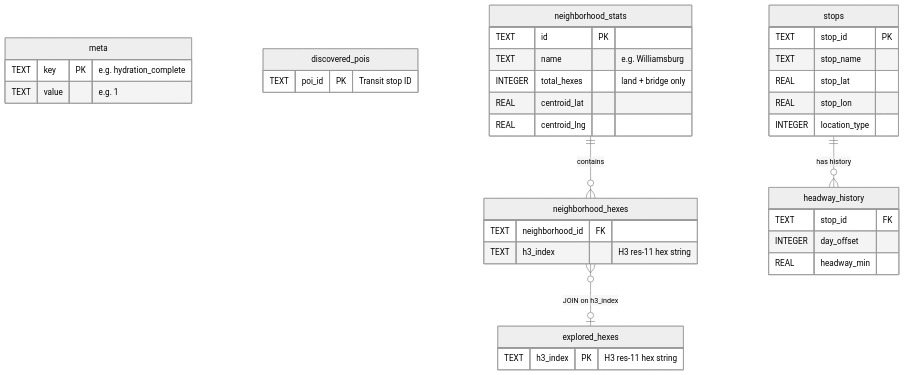
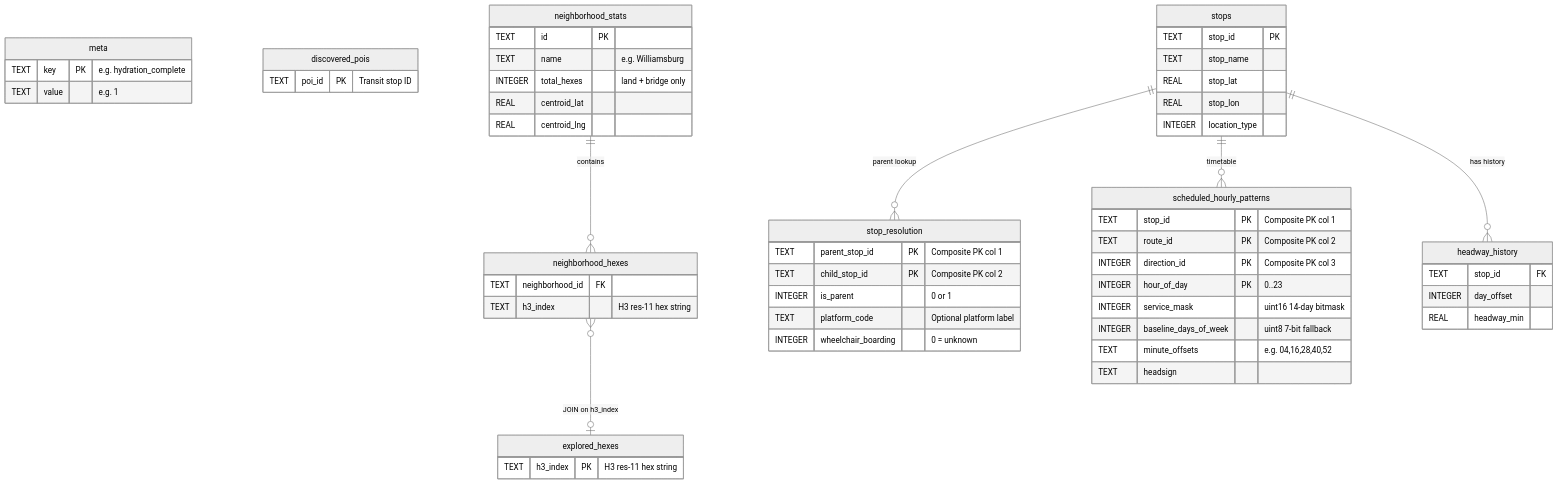
One commit to walshkang/derivee changed the fourth of 6 diagrams in docs/diagrams.md. Above: the diagram before and after it, drawn with Mermaid (neutral theme). The commit also changed other lines of this file and 4 other files, not shown here.

First line of the commit message:
docs(wave-l): integrate sleepy hermes architecture blueprint into multi-city specs

````diff
--- a/docs/diagrams.md
+++ b/docs/diagrams.md
@@ -536,46 +536,67 @@
 ```mermaid
 erDiagram
     explored_hexes {
         TEXT h3_index PK "H3 res-11 hex string"
     }
 
     meta {
         TEXT key PK "e.g. hydration_complete"
         TEXT value "e.g. 1"
     }
 
     discovered_pois {
         TEXT poi_id PK "Transit stop ID"
     }
 
     neighborhood_stats {
         TEXT id PK
         TEXT name "e.g. Williamsburg"
         INTEGER total_hexes "land + bridge only"
         REAL centroid_lat
         REAL centroid_lng
     }
 
     neighborhood_hexes {
         TEXT neighborhood_id FK
         TEXT h3_index "H3 res-11 hex string"
     }
 
     stops {
         TEXT stop_id PK
         TEXT stop_name
         REAL stop_lat
         REAL stop_lon
         INTEGER location_type
     }
 
+    stop_resolution {
+        TEXT parent_stop_id PK "Composite PK col 1"
+        TEXT child_stop_id PK "Composite PK col 2"
+        INTEGER is_parent "0 or 1"
+        TEXT platform_code "Optional platform label"
+        INTEGER wheelchair_boarding "0 = unknown"
+    }
+
+    scheduled_hourly_patterns {
+        TEXT stop_id PK "Composite PK col 1"
+        TEXT route_id PK "Composite PK col 2"
+        INTEGER direction_id PK "Composite PK col 3"
+        INTEGER hour_of_day PK "0..23"
+        INTEGER service_mask "uint16 14-day bitmask"
+        INTEGER baseline_days_of_week "uint8 7-bit fallback"
+        TEXT minute_offsets "e.g. 04,16,28,40,52"
+        TEXT headsign
+    }
+
     headway_history {
         TEXT stop_id FK
         INTEGER day_offset
         REAL headway_min
     }
 
     neighborhood_stats ||--o{ neighborhood_hexes : "contains"
     neighborhood_hexes }o--o| explored_hexes : "JOIN on h3_index"
     stops ||--o{ headway_history : "has history"
+    stops ||--o{ stop_resolution : "parent lookup"
+    stops ||--o{ scheduled_hourly_patterns : "timetable"
 ```
````
